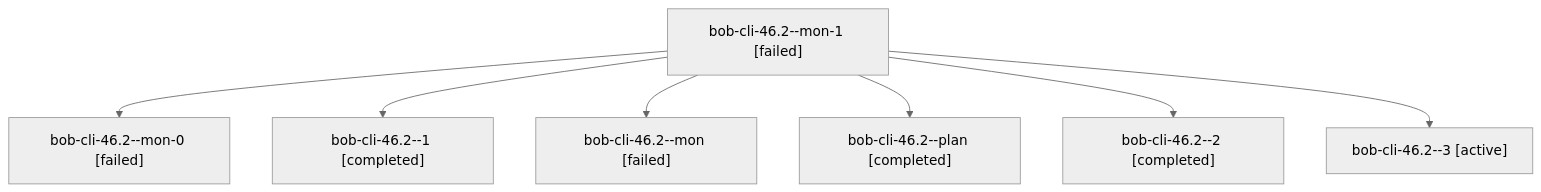
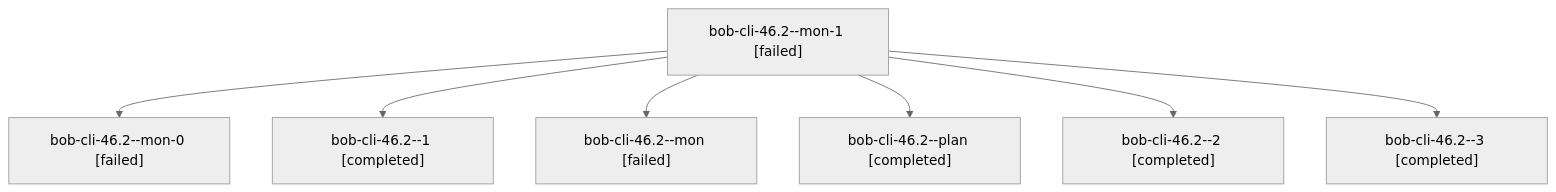
Before and after one commit to bobs-org/bob-cli--agents: the diagram in sessions/bbugyi200.apollo.bob-cli-46.2.md, drawn with Mermaid (neutral theme). The commit also changed other lines of this file and 25 other files, not shown here.

````diff
--- a/sessions/bbugyi200.apollo.bob-cli-46.2.md
+++ b/sessions/bbugyi200.apollo.bob-cli-46.2.md
@@ -9,16 +9,16 @@
 ```mermaid
 flowchart TD
   n0["bob-cli-46.2--mon-1 [failed]"]
   n1["bob-cli-46.2--mon-0 [failed]"]
   n0 --> n1
   n2["bob-cli-46.2--1 [completed]"]
   n0 --> n2
   n3["bob-cli-46.2--mon [failed]"]
   n0 --> n3
   n4["bob-cli-46.2--plan [completed]"]
   n0 --> n4
   n5["bob-cli-46.2--2 [completed]"]
   n0 --> n5
-  n6["bob-cli-46.2--3 [active]"]
+  n6["bob-cli-46.2--3 [completed]"]
   n0 --> n6
 ```
````
